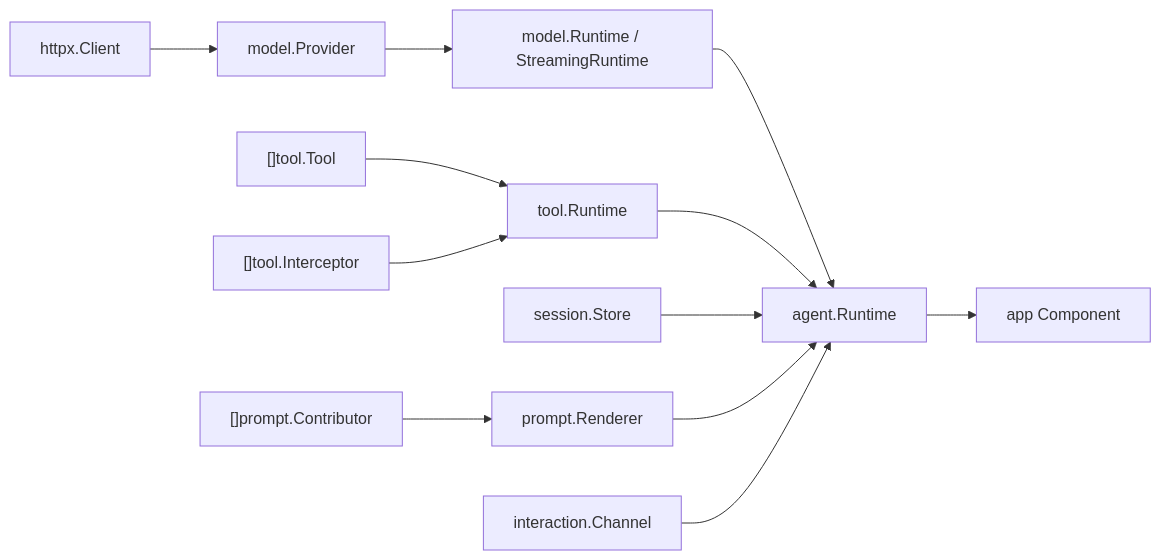
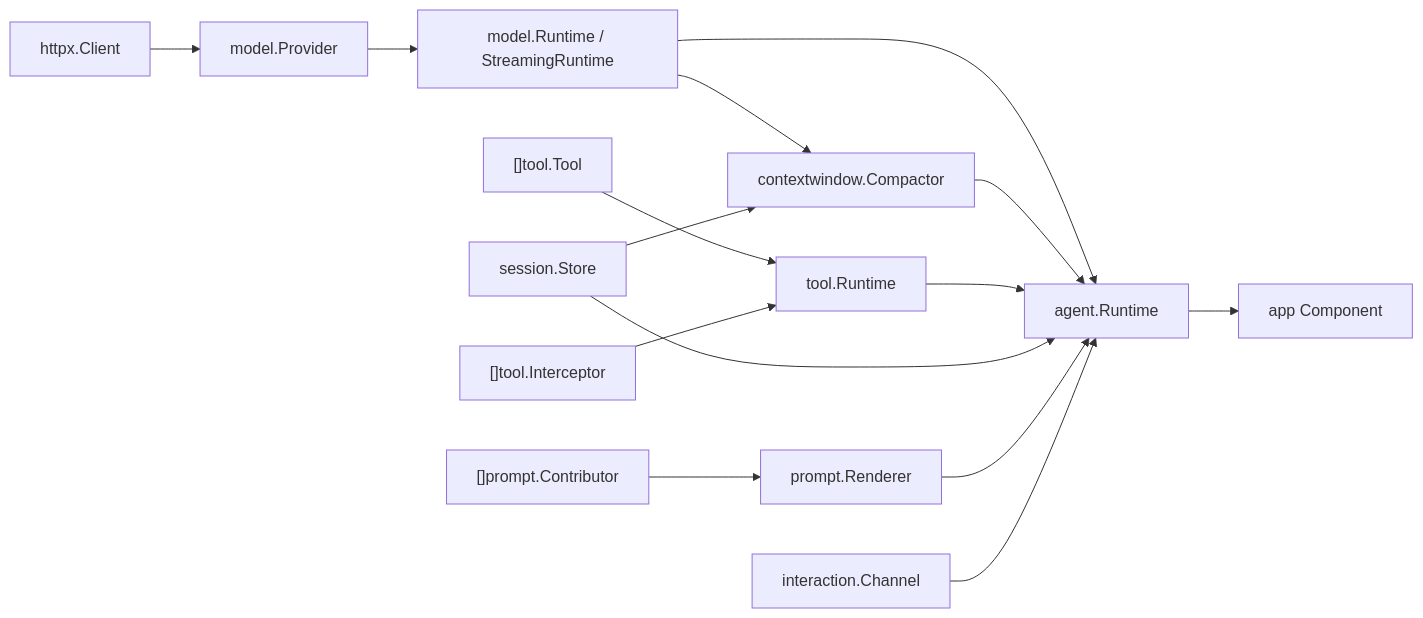
Before and after one commit to ingot-agent/ingot: the seventh of 9 diagrams in docs/ingot_SDK_v0.1_设计方案.md, drawn with Mermaid. The commit also changed other lines of this file and 5 other files, not shown here.

````diff
--- a/docs/ingot_SDK_v0.1_设计方案.md
+++ b/docs/ingot_SDK_v0.1_设计方案.md
@@ -912,15 +945,17 @@
 ```mermaid
 flowchart LR
     HTTP["httpx.Client"] --> Provider["model.Provider"]
     Provider --> Model["model.Runtime / StreamingRuntime"]
     Model --> Agent["agent.Runtime"]
+    Model --> Compactor["contextwindow.Compactor"] --> Agent
 
     Tools["[]tool.Tool"] --> ToolRuntime["tool.Runtime"]
     ToolInts["[]tool.Interceptor"] --> ToolRuntime
     ToolRuntime --> Agent
 
     Store["session.Store"] --> Agent
+    Store --> Compactor
     Contributors["[]prompt.Contributor"] --> Renderer["prompt.Renderer"] --> Agent
     Interaction["interaction.Channel"] --> Agent
     Agent --> App["app Component"]
 ```
````
